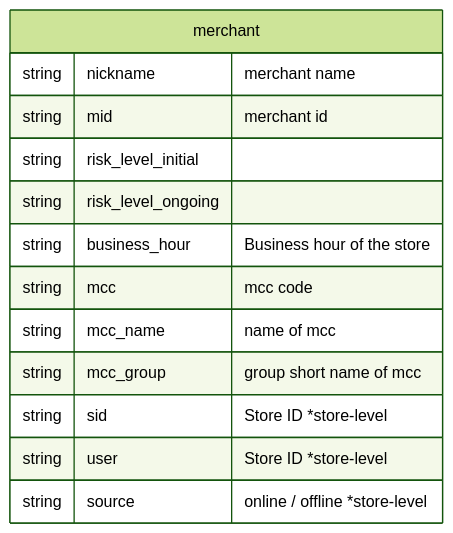
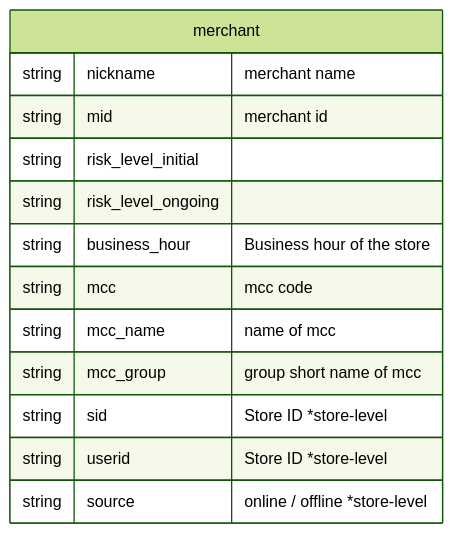
One commit to lncknight/qf-data-dictionary changed the first of 4 diagrams in data-dictionary.md. Above: the diagram before and after it, drawn with Mermaid (forest theme).

````diff
--- a/data-dictionary.md
+++ b/data-dictionary.md
@@ -7,21 +7,21 @@
 ```mermaid
 erDiagram
   merchant {
-   string nickname "merchant name" 
-   string mid "merchant id"
+    string nickname "merchant name" 
+    string mid "merchant id"
 
     string risk_level_initial
     string risk_level_ongoing
 
     string business_hour "Business hour of the store"
 
     string mcc "mcc code"
     string mcc_name "name of mcc"
     string mcc_group "group short name of mcc"
 
     string sid "Store ID *store-level"
-    string user "Store ID *store-level"
+    string userid "Store ID *store-level" 
 
     string source "online / offline *store-level"
   }
 ```
````
